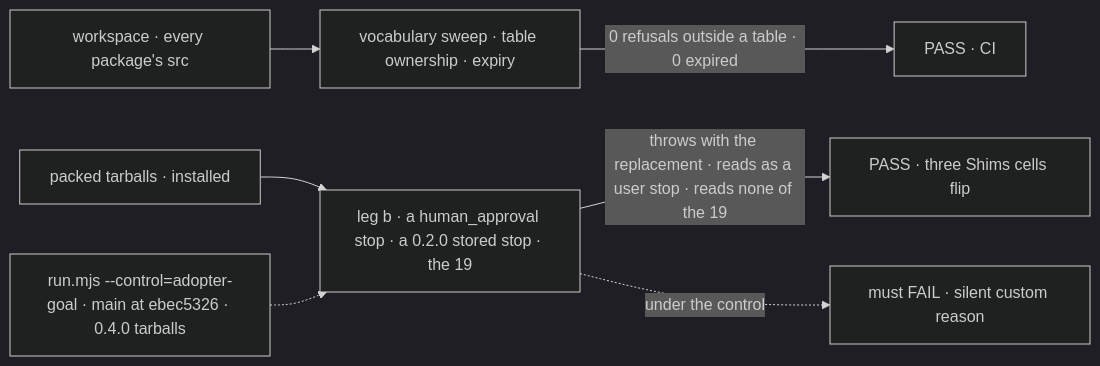
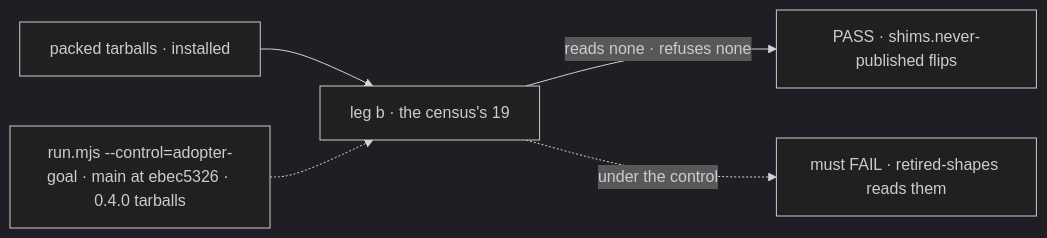
The diagram in specs/issues/FIX-2454/SPEC.md (fixpoint-labs/flow-state-dev), drawn with Mermaid (dark theme) before and after one commit. The commit also changed other lines of this file and 44 other files, not shown here.

````diff
--- a/specs/issues/FIX-2454/SPEC.md
+++ b/specs/issues/FIX-2454/SPEC.md
@@ -28,9 +36,7 @@
 ```mermaid
 flowchart LR
-  W["workspace · every package's src"] --> K["vocabulary sweep · table ownership · expiry"]
-  K -->|"0 refusals outside a table · 0 expired"| P1["PASS · CI"]
-  T["packed tarballs · installed"] --> B["leg b · a human_approval stop · a 0.2.0 stored stop · the 19"]
-  B -->|"throws with the replacement · reads as a user stop · reads none of the 19"| P2["PASS · three Shims cells flip"]
+  T["packed tarballs · installed"] --> B["leg b · the census's 19"]
+  B -->|"reads none · refuses none"| P["PASS · shims.never-published flips"]
   C["run.mjs --control=adopter-goal · main at ebec5326 · 0.4.0 tarballs"] -.-> B
-  B -.->|"under the control"| F["must FAIL · silent custom reason"]
+  B -.->|"under the control"| F["must FAIL · retired-shapes reads them"]
 ```
````
